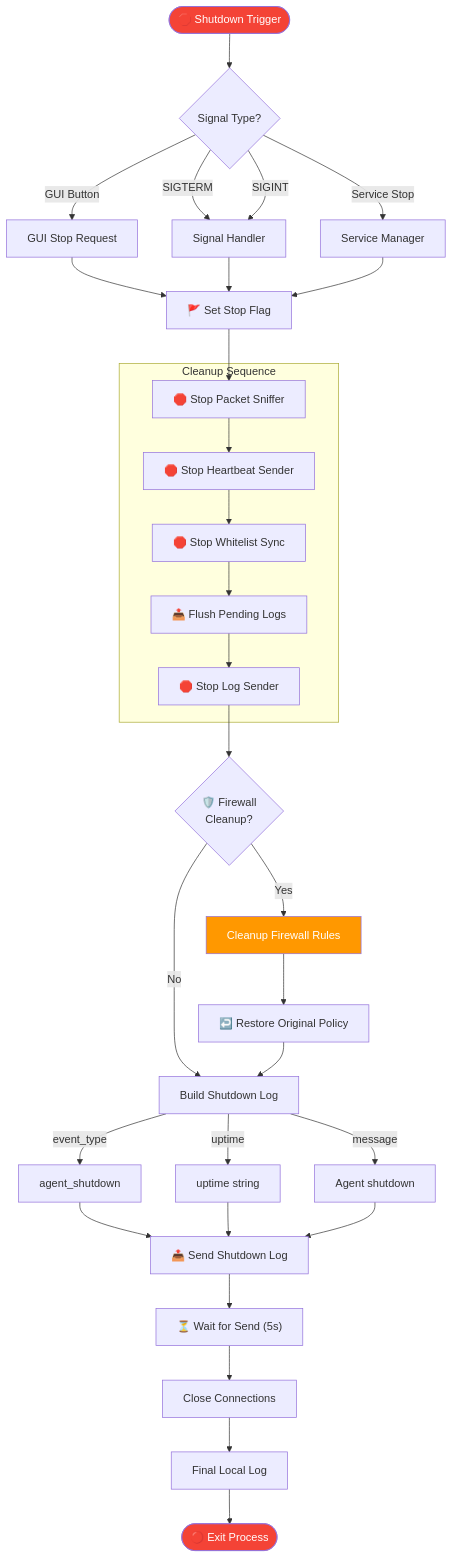
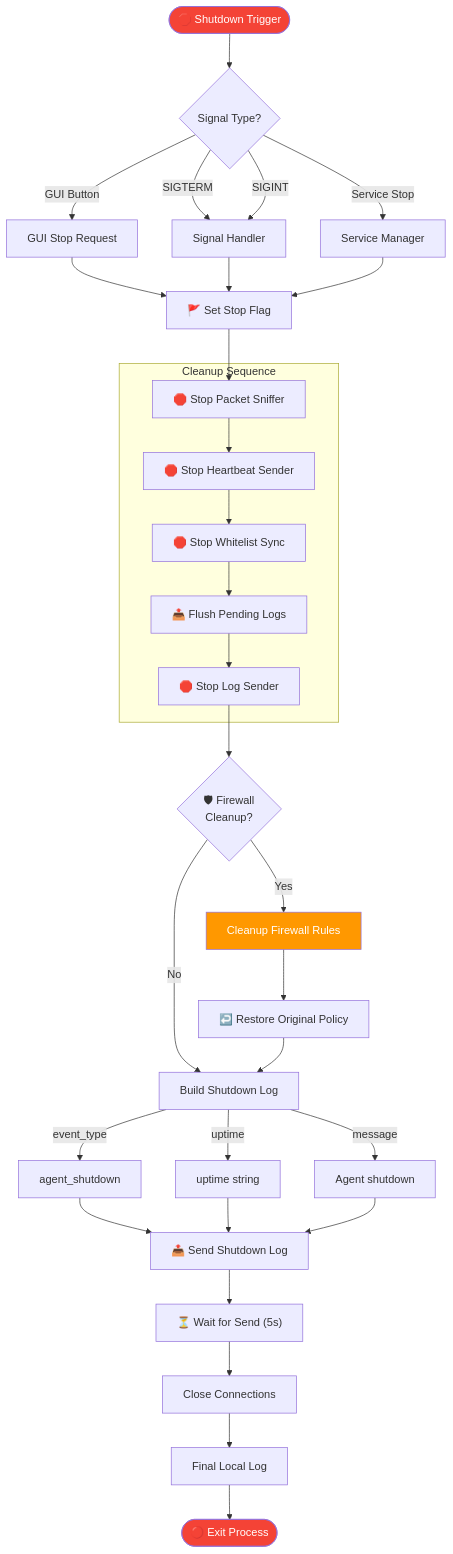
The tenth of 13 diagrams in docs/diagrams/FLOW_DIAGRAMS.md (Son0ngu/Centralized_Network_Access_Control_System_for_Computer_Labs), drawn with Mermaid before and after one commit. The commit also changed other lines of this file and 17 other files, not shown here.

````diff
--- a/docs/diagrams/FLOW_DIAGRAMS.md
+++ b/docs/diagrams/FLOW_DIAGRAMS.md
@@ -543,51 +543,51 @@
 ```mermaid
 flowchart TD
     TRIGGER([🛑 Shutdown Trigger]) --> SIGNAL_TYPE{"Signal Type?"}
     
     SIGNAL_TYPE --> |GUI Button| GUI_STOP["GUI Stop Request"]
     SIGNAL_TYPE --> |SIGTERM| SIG_STOP["Signal Handler"]
     SIGNAL_TYPE --> |SIGINT| SIG_STOP
     SIGNAL_TYPE --> |Service Stop| SVC_STOP["Service Manager"]
     
     GUI_STOP --> SET_FLAG
     SIG_STOP --> SET_FLAG
     SVC_STOP --> SET_FLAG
     
     SET_FLAG["🚩 Set Stop Flag"]
     SET_FLAG --> STOP_SNIFFER["🛑 Stop Packet Sniffer"]
     
     subgraph "Cleanup Sequence"
         STOP_SNIFFER --> STOP_HEARTBEAT["🛑 Stop Heartbeat Sender"]
         STOP_HEARTBEAT --> STOP_WHITELIST["🛑 Stop Whitelist Sync"]
         STOP_WHITELIST --> FLUSH_LOGS["📤 Flush Pending Logs"]
         FLUSH_LOGS --> STOP_LOGSENDER["🛑 Stop Log Sender"]
     end
     
-    STOP_LOGSENDER --> CHECK_FW{"🛡️ Firewall<br/>Cleanup?"}
+    STOP_LOGSENDER --> CHECK_FW{"🛡 Firewall<br/>Cleanup?"}
     
     CHECK_FW --> |Yes| CLEANUP_FW["Cleanup Firewall Rules"]
     CHECK_FW --> |No| BUILD_SHUTDOWN
     
     CLEANUP_FW --> RESTORE_POLICY["↩️ Restore Original Policy"]
     RESTORE_POLICY --> BUILD_SHUTDOWN
     
     BUILD_SHUTDOWN["Build Shutdown Log"]
     BUILD_SHUTDOWN --> |event_type| EVT["agent_shutdown"]
     BUILD_SHUTDOWN --> |uptime| UPT["uptime string"]
     BUILD_SHUTDOWN --> |message| MSG["Agent shutdown"]
     
     EVT --> SEND_SHUTDOWN
     UPT --> SEND_SHUTDOWN
     MSG --> SEND_SHUTDOWN
     
     SEND_SHUTDOWN["📤 Send Shutdown Log"]
     SEND_SHUTDOWN --> WAIT_SEND["⏳ Wait for Send (5s)"]
     
     WAIT_SEND --> CLOSE_CONNECTIONS["Close Connections"]
     CLOSE_CONNECTIONS --> LOG_FINAL["Final Local Log"]
     LOG_FINAL --> EXIT([🔴 Exit Process])
     
     style TRIGGER fill:#f44336,color:#fff
     style EXIT fill:#f44336,color:#fff
     style CLEANUP_FW fill:#FF9800,color:#fff
 ```
````
